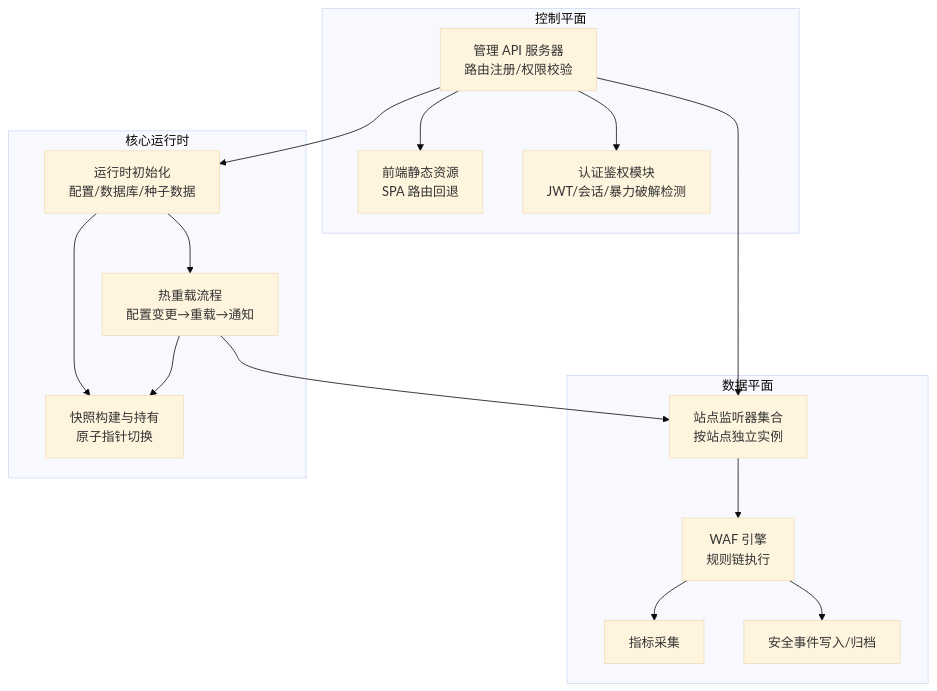
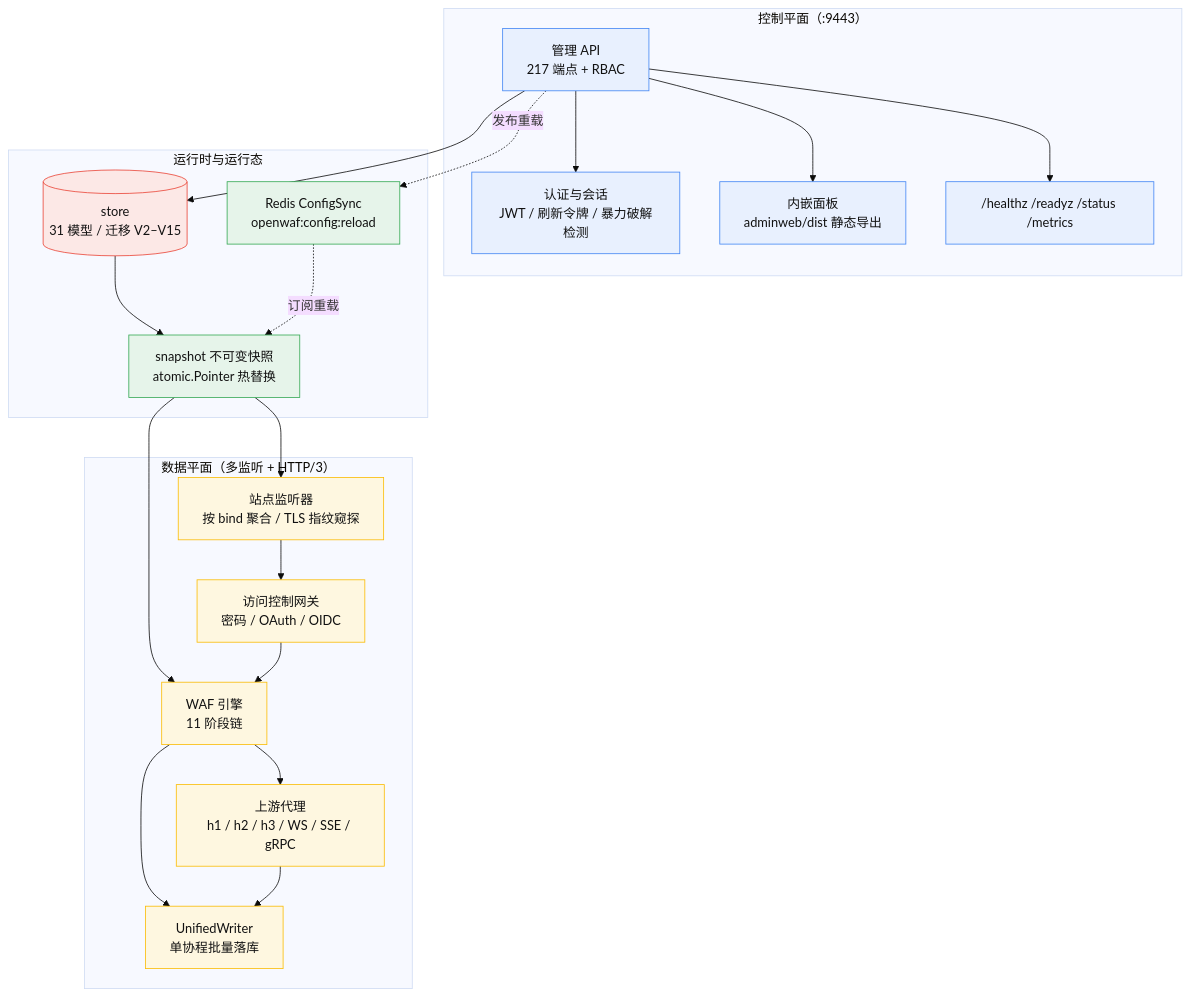
Before and after one commit to x01n/My-OpenWaf: the first of 5 diagrams in docs/项目概述/核心特性.md, drawn with Mermaid (base theme). The commit also changed other lines of this file and 622 other files, not shown here.

````diff
--- a/docs/项目概述/核心特性.md
+++ b/docs/项目概述/核心特性.md
@@ -57,30 +135,37 @@
 ```mermaid
 graph TB
-subgraph "控制平面"
-Admin["管理 API 服务器<br/>路由注册/权限校验"]
-Auth["认证鉴权模块<br/>JWT/会话/暴力破解检测"]
-Static["前端静态资源<br/>SPA 路由回退"]
-end
-subgraph "核心运行时"
-Runtime["运行时初始化<br/>配置/数据库/种子数据"]
-Snapshot["快照构建与持有<br/>原子指针切换"]
-Reload["热重载流程<br/>配置变更→重载→通知"]
-end
-subgraph "数据平面"
-Listener["站点监听器集合<br/>按站点独立实例"]
-Engine["WAF 引擎<br/>规则链执行"]
-Metrics["指标采集"]
-Events["安全事件写入/归档"]
-end
-Admin --> Runtime
-Runtime --> Snapshot
-Runtime --> Reload
-Reload --> Snapshot
-Reload --> Listener
-Admin --> Static
-Admin --> Auth
-Admin --> Listener
-Listener --> Engine
-Engine --> Metrics
-Engine --> Events
+  subgraph CTRL["控制平面（:9443）"]
+    ADMIN["管理 API<br/>217 端点 + RBAC"]:::ctrl
+    AUTH["认证与会话<br/>JWT / 刷新令牌 / 暴力破解检测"]:::ctrl
+    WEB["内嵌面板<br/>adminweb/dist 静态导出"]:::ctrl
+    METRICS["/healthz /readyz /status /metrics"]:::ctrl
+  end
+  subgraph RT["运行时与运行态"]
+    STORE[("store<br/>31 模型 / 迁移 V2–V15")]:::data
+    SNAP["snapshot 不可变快照<br/>atomic.Pointer 热替换"]:::core
+    SYNC["Redis ConfigSync<br/>openwaf:config:reload"]:::core
+  end
+  subgraph DP["数据平面（多监听 + HTTP/3）"]
+    LIS["站点监听器<br/>按 bind 聚合 / TLS 指纹窥探"]:::dp
+    GATE["访问控制网关<br/>密码 / OAuth / OIDC"]:::dp
+    ENG["WAF 引擎<br/>11 阶段链"]:::dp
+    PROXY["上游代理<br/>h1 / h2 / h3 / WS / SSE / gRPC"]:::dp
+    WRITER["UnifiedWriter<br/>单协程批量落库"]:::dp
+  end
+  ADMIN --> STORE
+  ADMIN --> AUTH
+  ADMIN --> WEB
+  ADMIN --> METRICS
+  STORE --> SNAP
+  SNAP --> LIS
+  SNAP --> ENG
+  ADMIN -. 发布重载 .-> SYNC
+  SYNC -. 订阅重载 .-> SNAP
+  LIS --> GATE --> ENG --> PROXY
+  ENG --> WRITER
+  PROXY --> WRITER
+  classDef ctrl fill:#e8f0fe,stroke:#4285f4,color:#111
+  classDef core fill:#e6f4ea,stroke:#34a853,color:#111
+  classDef dp fill:#fef7e0,stroke:#fbbc04,color:#111
+  classDef data fill:#fce8e6,stroke:#ea4335,color:#111
 ```
````
